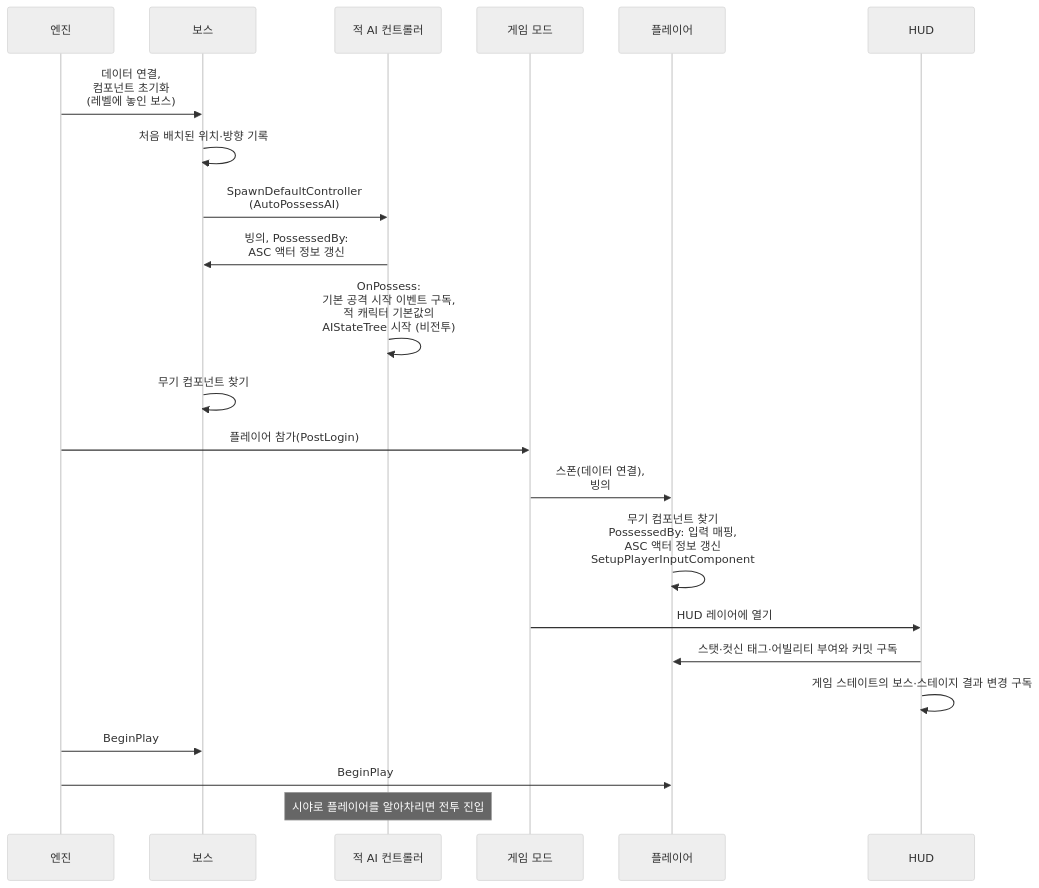
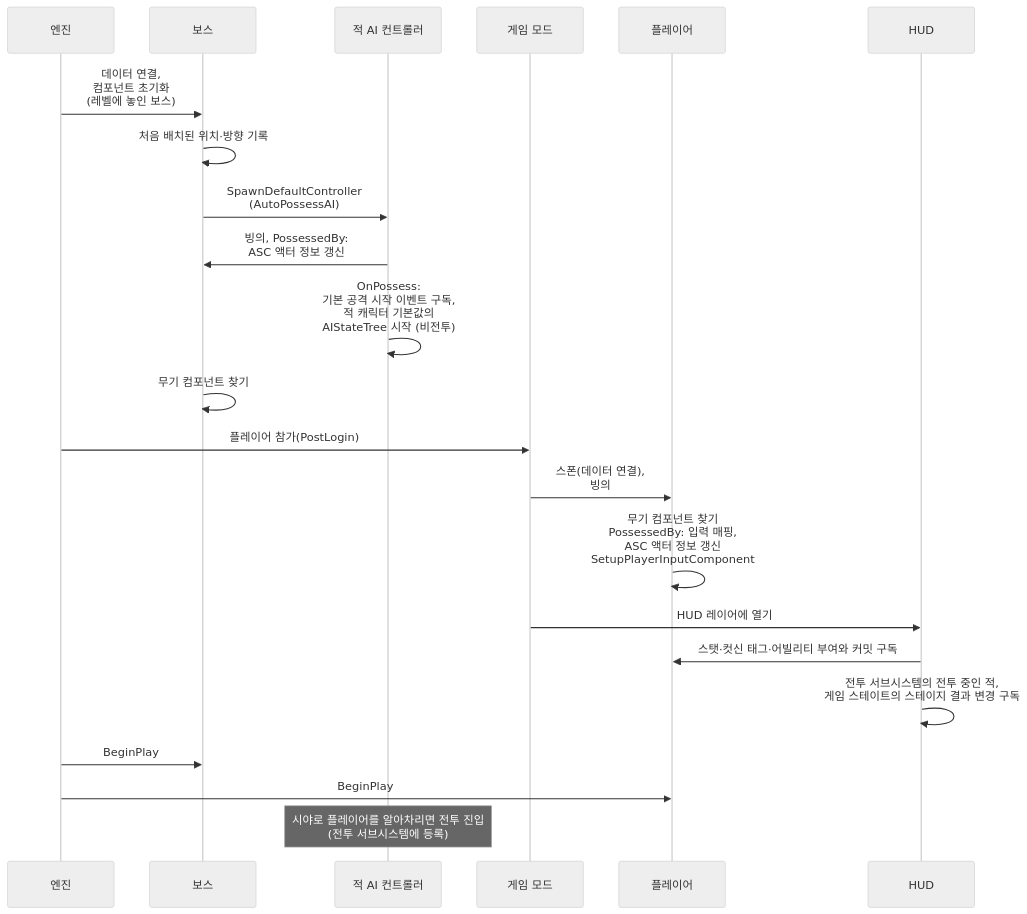
The third of 6 diagrams in Docs/Architecture/캐릭터 기반 구조와 GAS.md (Woogl/Ag), drawn with Mermaid (neutral theme) before and after one commit. The commit also changed other lines of this file and 10 other files, not shown here.

````diff
--- a/Docs/Architecture/캐릭터 기반 구조와 GAS.md
+++ b/Docs/Architecture/캐릭터 기반 구조와 GAS.md
@@ -198,24 +202,24 @@
 ```mermaid
 sequenceDiagram
     participant E as 엔진
     participant B as 보스
     participant AI as 적 AI 컨트롤러
     participant GM as 게임 모드
     participant P as 플레이어
     participant H as HUD
     E->>B: 데이터 연결,<br>컴포넌트 초기화<br>(레벨에 놓인 보스)
     B->>B: 처음 배치된 위치·방향 기록
     B->>AI: SpawnDefaultController<br>(AutoPossessAI)
     AI->>B: 빙의, PossessedBy:<br>ASC 액터 정보 갱신
     AI->>AI: OnPossess:<br>기본 공격 시작 이벤트 구독,<br>적 캐릭터 기본값의<br>AIStateTree 시작 (비전투)
     B->>B: 무기 컴포넌트 찾기
     E->>GM: 플레이어 참가(PostLogin)
     GM->>P: 스폰(데이터 연결),<br>빙의
     P->>P: 무기 컴포넌트 찾기<br>PossessedBy: 입력 매핑,<br>ASC 액터 정보 갱신<br>SetupPlayerInputComponent
     GM->>H: HUD 레이어에 열기
     H->>P: 스탯·컷신 태그·어빌리티 부여와 커밋 구독
-    H->>H: 게임 스테이트의 보스·스테이지 결과 변경 구독
+    H->>H: 전투 서브시스템의 전투 중인 적,<br>게임 스테이트의 스테이지 결과 변경 구독
     E->>B: BeginPlay
     E->>P: BeginPlay
-    Note over AI: 시야로 플레이어를 알아차리면 전투 진입
+    Note over AI: 시야로 플레이어를 알아차리면 전투 진입<br>(전투 서브시스템에 등록)
 ```
````
